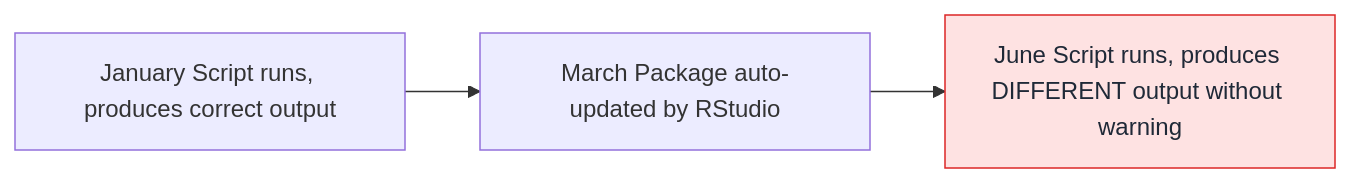
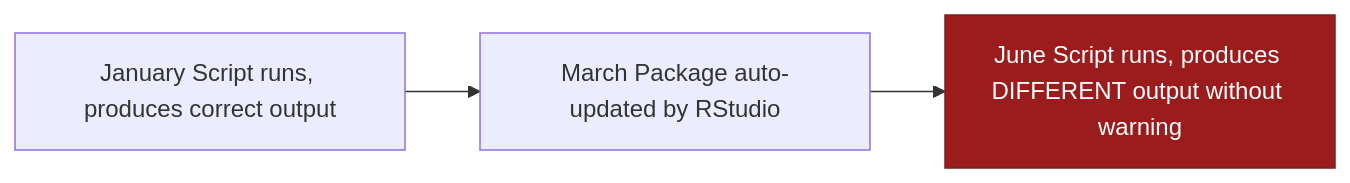
Before and after one commit to Ch3w3y/docker_gcp: the first of 3 diagrams in docs/case-for-change.md, drawn with Mermaid. The commit also changed 8 other files, not shown here.

First line of the commit message:
fix(a11y): replace all pastel Mermaid fills with PHW-aligned semantic palette

````diff
--- a/docs/case-for-change.md
+++ b/docs/case-for-change.md
@@ -15,10 +15,10 @@
 ```mermaid
 flowchart LR
     A["January Script runs, produces correct output"]
     B["March Package auto-updated by RStudio"]
     C["June Script runs, produces DIFFERENT output without warning"]
 
     A --> B --> C
 
-    style C fill:#fee2e2,stroke:#dc2626,color:#1f2937
+    style C fill:#9b1c1c,stroke:#7f1d1d,color:#ffffff
 ```
````
